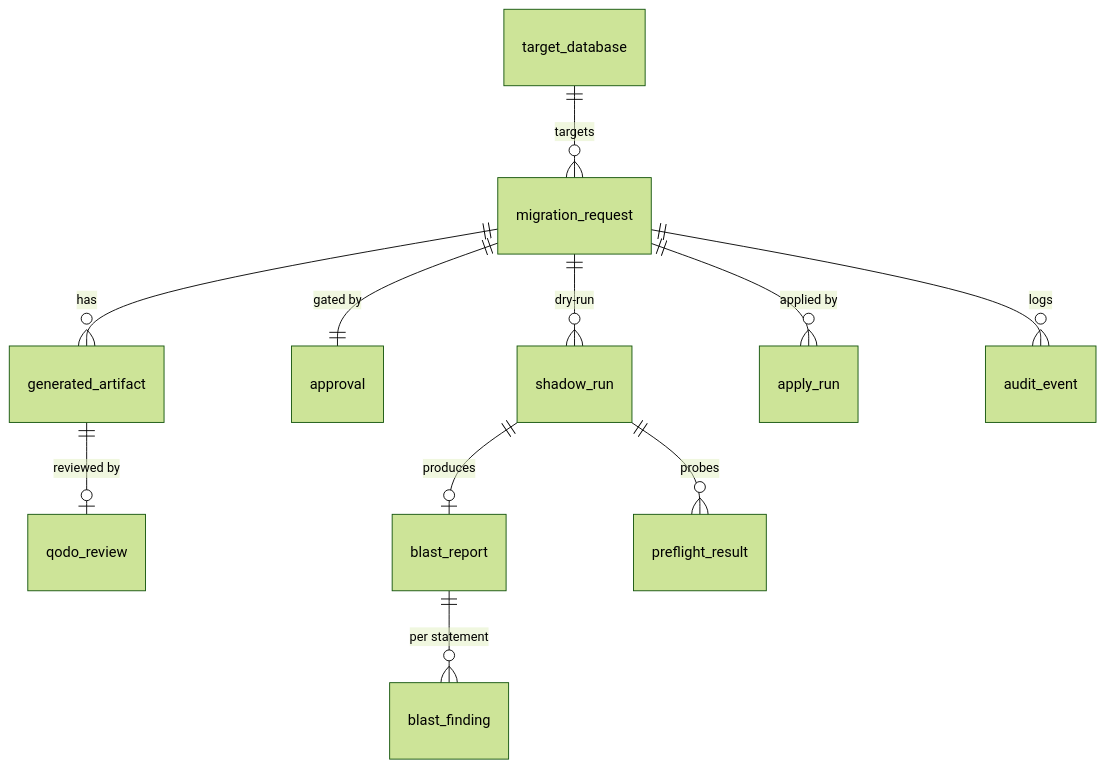
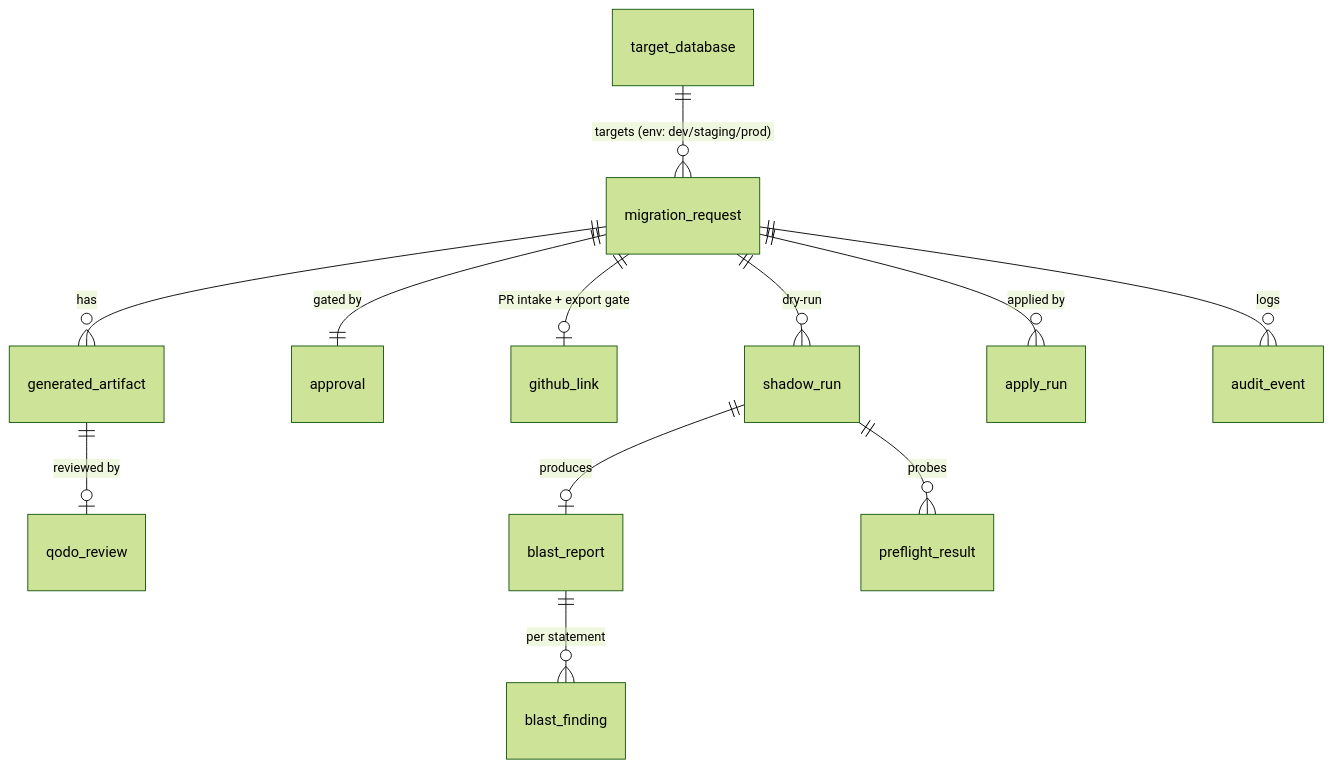
One commit to SamChawla/migration-sentinel changed the third of 3 diagrams in README.md. Above: the diagram before and after it, drawn with Mermaid (forest theme). The commit also changed other lines of this file and 2 other files, not shown here.

First line of the commit message:
docs: refresh diagrams for the GitOps architecture (GitHub intake, two-gate, ladder)

````diff
--- a/README.md
+++ b/README.md
@@ -191,13 +197,14 @@
 ```mermaid
 erDiagram
-    target_database ||--o{ migration_request : targets
+    target_database ||--o{ migration_request : "targets (env: dev/staging/prod)"
     migration_request ||--o{ generated_artifact : has
     migration_request ||--|| approval : "gated by"
+    migration_request ||--o| github_link : "PR intake + export gate"
     migration_request ||--o{ shadow_run : "dry-run"
     migration_request ||--o{ apply_run : "applied by"
     migration_request ||--o{ audit_event : logs
     generated_artifact ||--o| qodo_review : "reviewed by"
     shadow_run ||--o| blast_report : produces
     shadow_run ||--o{ preflight_result : probes
     blast_report ||--o{ blast_finding : "per statement"
 ```
````
